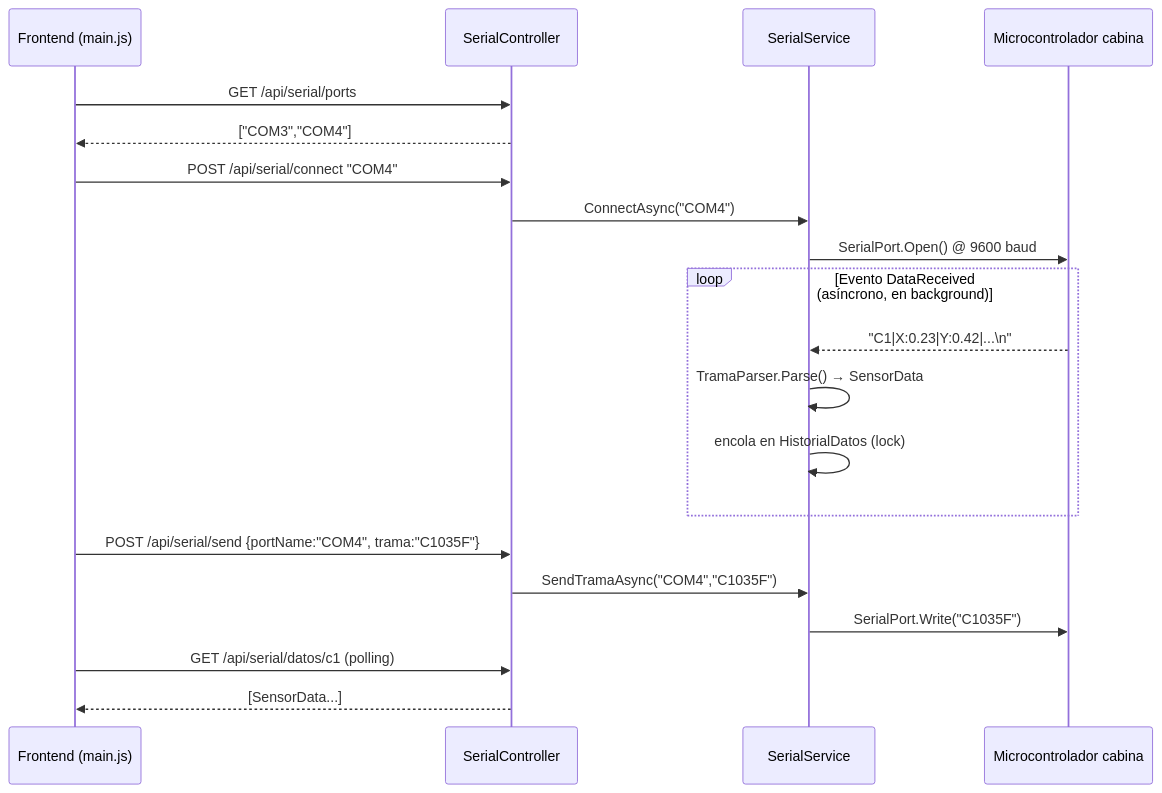
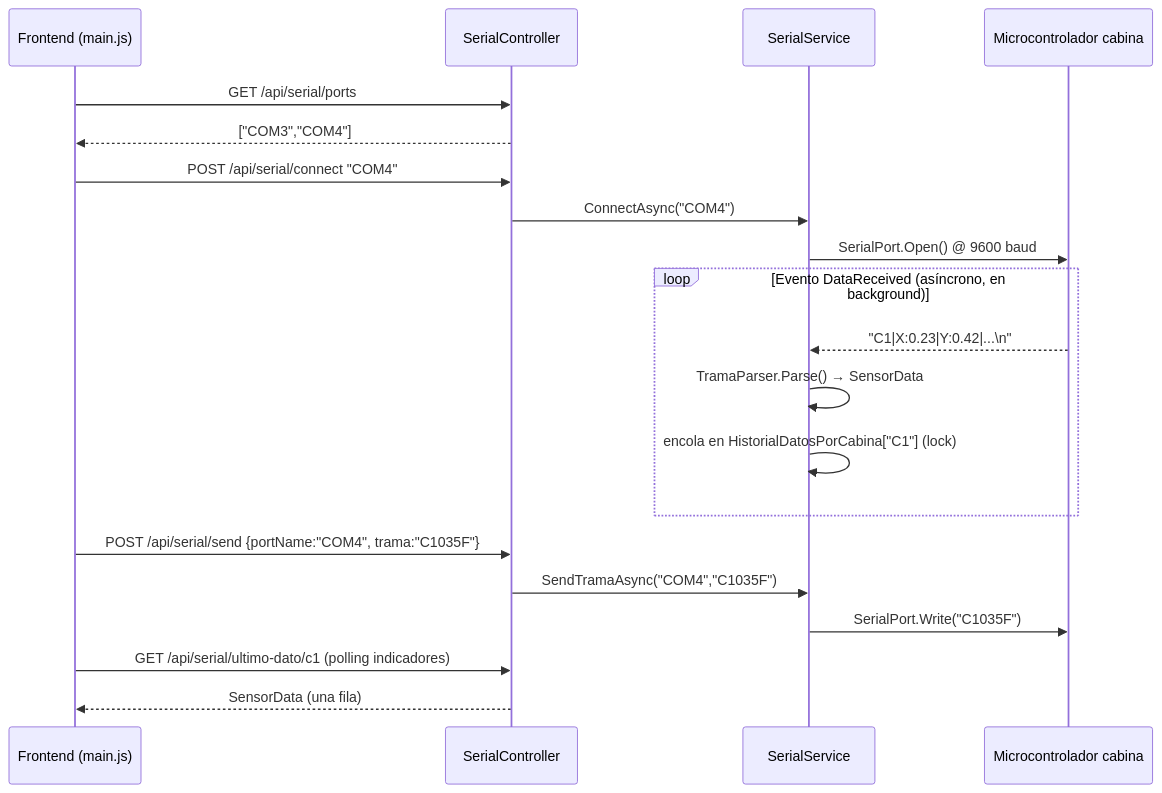
Before and after one commit to Jelp200/BTN: the fifth of 5 diagrams in SYSTEM_ARCHITECTURE.md, drawn with Mermaid. The commit also changed other lines of this file and 11 other files, not shown here.

Commit message:
:zap: [MOD] [v2.0.8] - UI/UX: Se incorporo otra vez el boton de calor legacy on/off con la logica nueva - Data: Limite real para los datos de los sensores, el front solo trae los ultimos 10 datos en vez de todo el el arreglo

````diff
--- a/SYSTEM_ARCHITECTURE.md
+++ b/SYSTEM_ARCHITECTURE.md
@@ -626,23 +627,23 @@
 ```mermaid
 sequenceDiagram
     participant UI as Frontend (main.js)
     participant API as SerialController
     participant Svc as SerialService
     participant MCU as Microcontrolador cabina
 
     UI->>API: GET /api/serial/ports
     API-->>UI: ["COM3","COM4"]
     UI->>API: POST /api/serial/connect "COM4"
     API->>Svc: ConnectAsync("COM4")
     Svc->>MCU: SerialPort.Open() @ 9600 baud
     loop Evento DataReceived (asíncrono, en background)
         MCU-->>Svc: "C1|X:0.23|Y:0.42|...\n"
         Svc->>Svc: TramaParser.Parse() → SensorData
-        Svc->>Svc: encola en HistorialDatos (lock)
+        Svc->>Svc: encola en HistorialDatosPorCabina["C1"] (lock)
     end
     UI->>API: POST /api/serial/send {portName:"COM4", trama:"C1035F"}
     API->>Svc: SendTramaAsync("COM4","C1035F")
     Svc->>MCU: SerialPort.Write("C1035F")
-    UI->>API: GET /api/serial/datos/c1 (polling)
-    API-->>UI: [SensorData...]
+    UI->>API: GET /api/serial/ultimo-dato/c1 (polling indicadores)
+    API-->>UI: SensorData (una fila)
 ```
````
